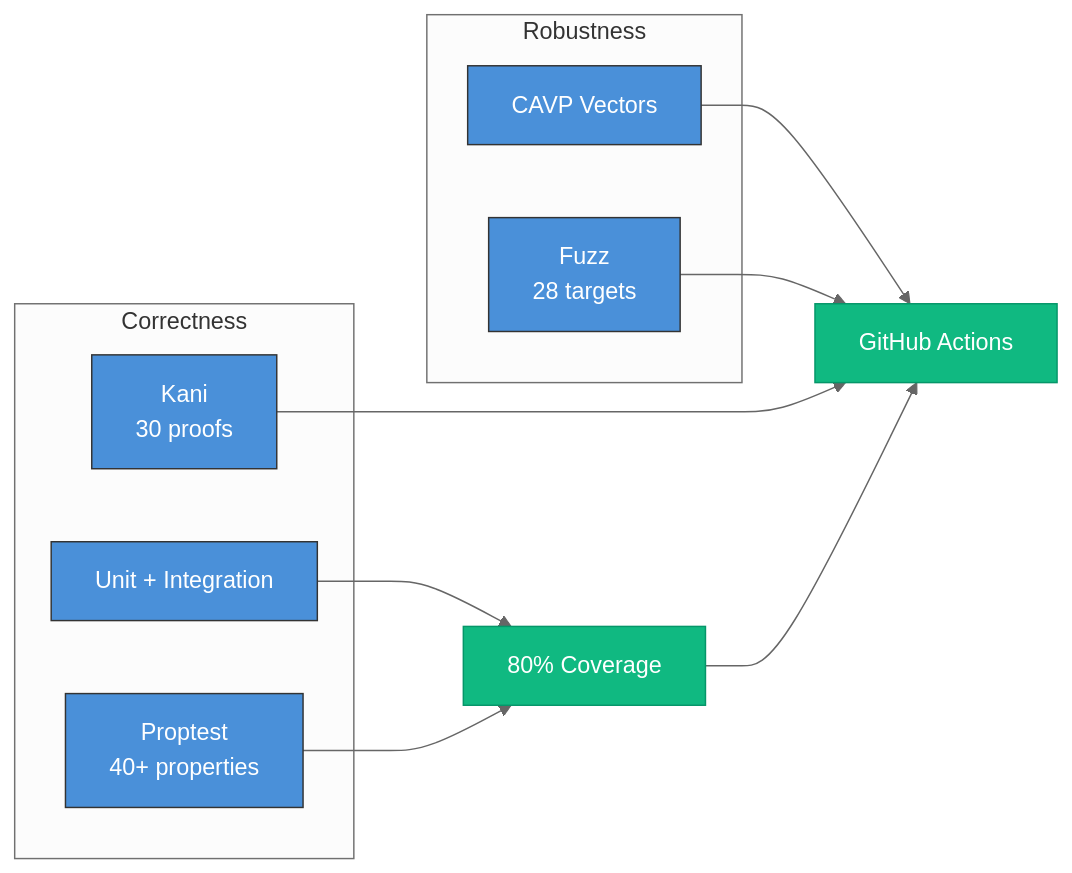
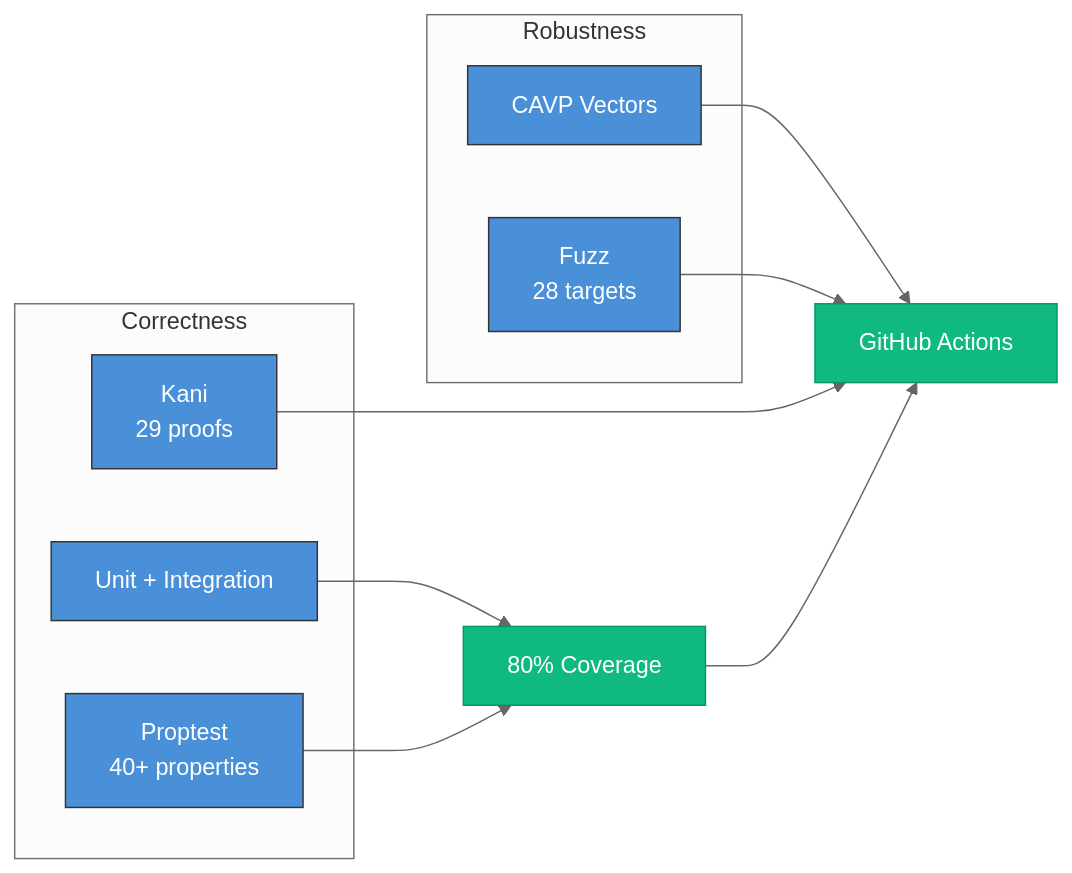
Before and after one commit to LatticeArc/latticearc: the eighth of 8 diagrams in docs/DESIGN.md, drawn with Mermaid (neutral theme). The commit also changed other lines of this file and 92 other files, not shown here.

````diff
--- a/docs/DESIGN.md
+++ b/docs/DESIGN.md
@@ -458,25 +467,25 @@
 ```mermaid
 flowchart LR
     subgraph "Correctness"
         UNIT[Unit + Integration]
         PROP[Proptest\n40+ properties]
-        KANI[Kani\n30 proofs]
+        KANI[Kani\n29 proofs]
     end
 
     subgraph "Robustness"
         CAVP[CAVP Vectors]
         FUZZ[Fuzz\n28 targets]
     end
 
     UNIT --> COV[80% Coverage]
     PROP --> COV
     CAVP --> CI[GitHub Actions]
     FUZZ --> CI
     KANI --> CI
     COV --> CI
 
     classDef test fill:#4a90d9,stroke:#333,color:#fff
     classDef gate fill:#10b981,stroke:#059669,color:#fff
     class UNIT,PROP,KANI,CAVP,FUZZ test
     class COV,CI gate
 ```
````
